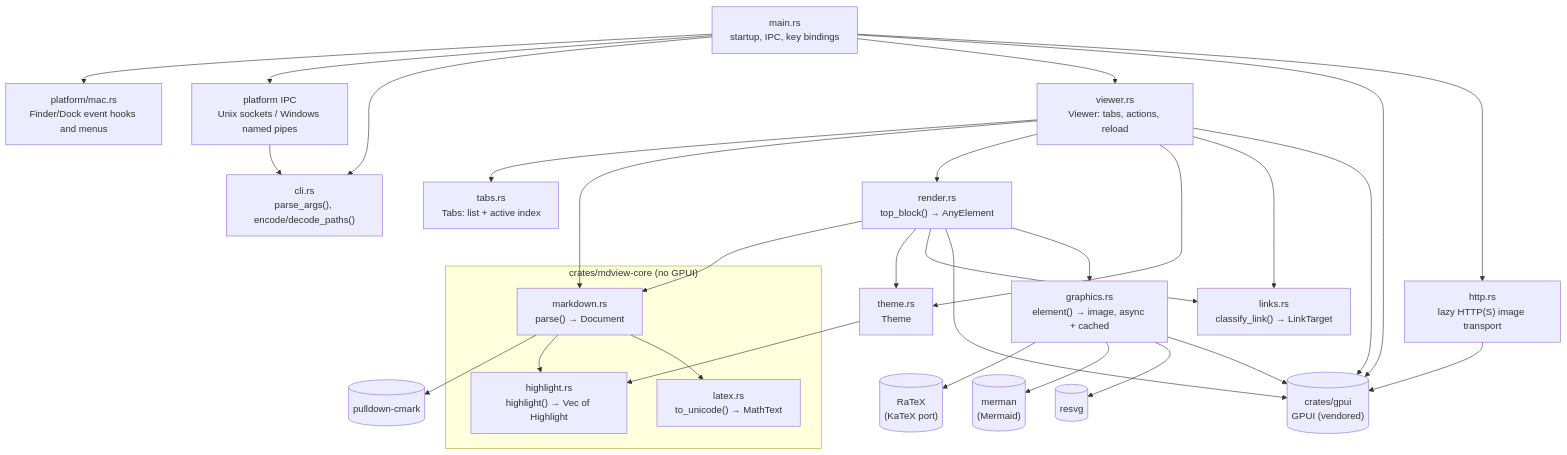
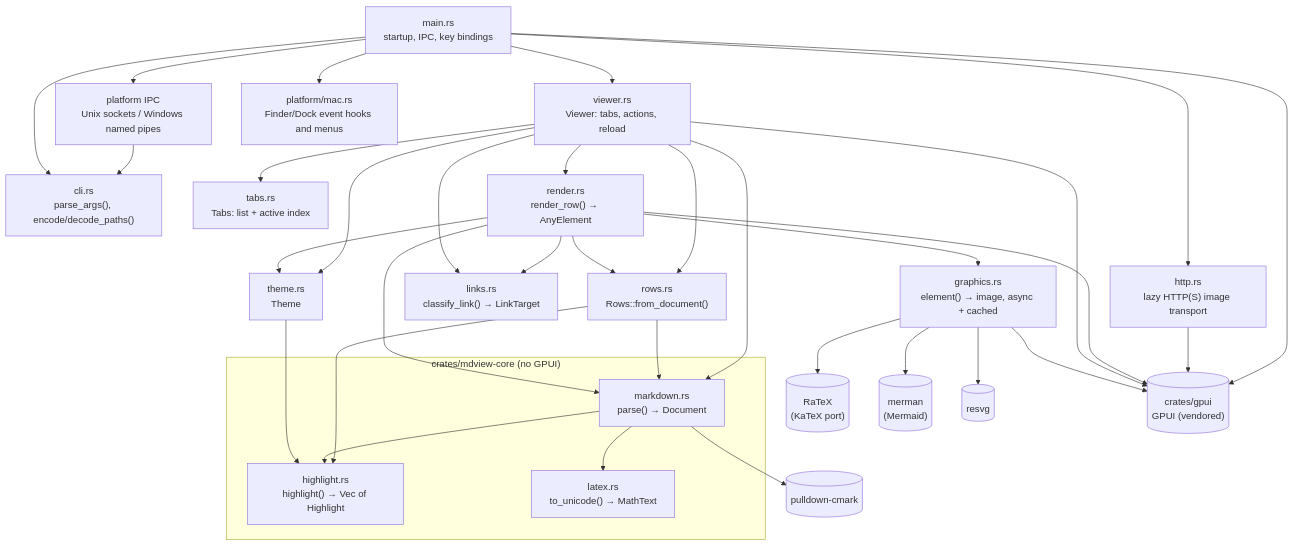
Before and after one commit to JorgeAgar/markdown-viewer-zed: the first of 6 diagrams in docs/architecture.md, drawn with Mermaid. The commit also changed other lines of this file and 10 other files, not shown here.

First line of the commit message:
Split large top-level blocks into virtualized list rows

````diff
--- a/docs/architecture.md
+++ b/docs/architecture.md
@@ -31,52 +32,57 @@
 ```mermaid
 flowchart TD
     main["main.rs<br/>startup, IPC, key bindings"]
     cli["cli.rs<br/>parse_args(), encode/decode_paths()"]
     viewer["viewer.rs<br/>Viewer: tabs, actions, reload"]
     tabs["tabs.rs<br/>Tabs: list + active index"]
     subgraph core["crates/mdview-core (no GPUI)"]
         markdown["markdown.rs<br/>parse() → Document"]
         highlight["highlight.rs<br/>highlight() → Vec of Highlight"]
         latex["latex.rs<br/>to_unicode() → MathText"]
     end
     graphics["graphics.rs<br/>element() → image, async + cached"]
     ratex[("RaTeX<br/>(KaTeX port)")]
     merman[("merman<br/>(Mermaid)")]
     resvg[("resvg")]
-    render["render.rs<br/>top_block() → AnyElement"]
+    render["render.rs<br/>render_row() → AnyElement"]
+    rows["rows.rs<br/>Rows::from_document()"]
     links["links.rs<br/>classify_link() → LinkTarget"]
     theme["theme.rs<br/>Theme"]
     gpui[("crates/gpui<br/>GPUI (vendored)")]
     cmark[("pulldown-cmark")]
 
     ipc["platform IPC<br/>Unix sockets / Windows named pipes"]
     mac["platform/mac.rs<br/>Finder/Dock event hooks and menus"]
     main --> mac
     main --> ipc
     ipc --> cli
     main --> cli
     main --> viewer
     viewer --> tabs
     main --> gpui
     viewer --> markdown
+    viewer --> rows
     viewer --> render
     viewer --> theme
+    rows --> markdown
+    rows --> highlight
     render --> markdown
+    render --> rows
     render --> theme
     render --> links
     viewer --> links
     http["http.rs<br/>lazy HTTP(S) image transport"]
     main --> http
     http --> gpui
     render --> gpui
     viewer --> gpui
     markdown --> cmark
     markdown --> highlight
     markdown --> latex
     theme --> highlight
     render --> graphics
     graphics --> ratex
     graphics --> merman
     graphics --> resvg
     graphics --> gpui
 ```
````
